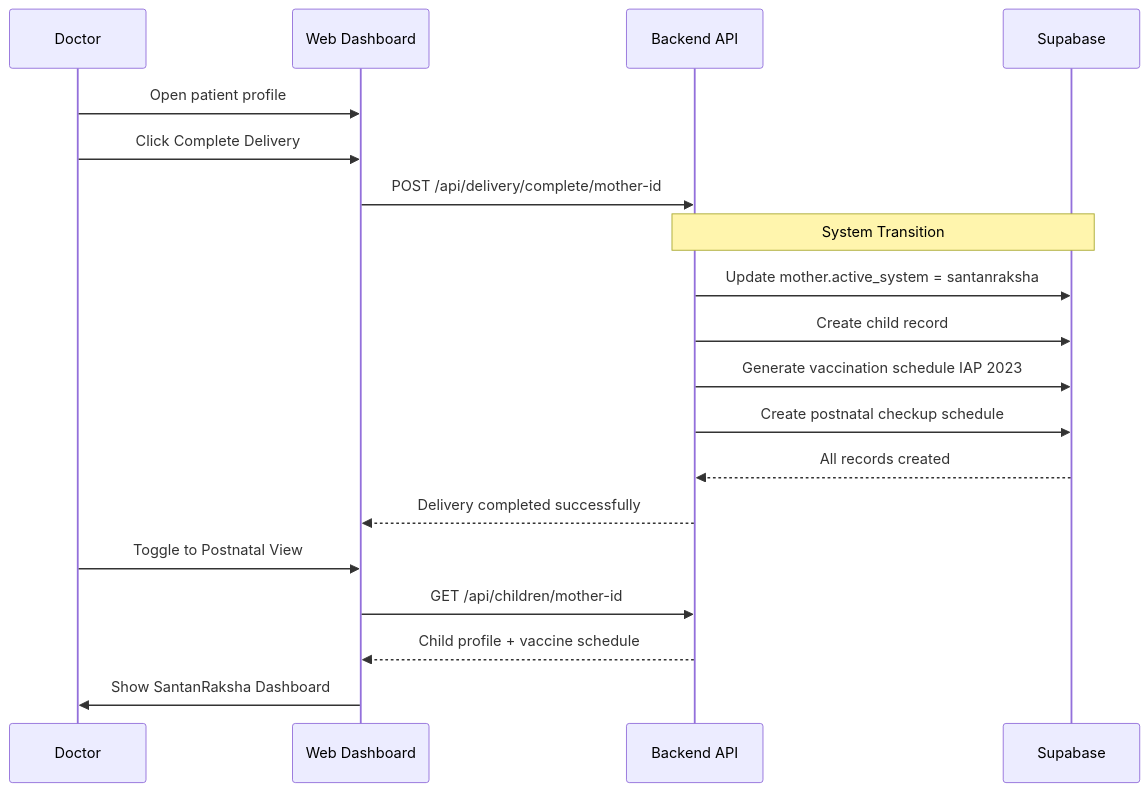
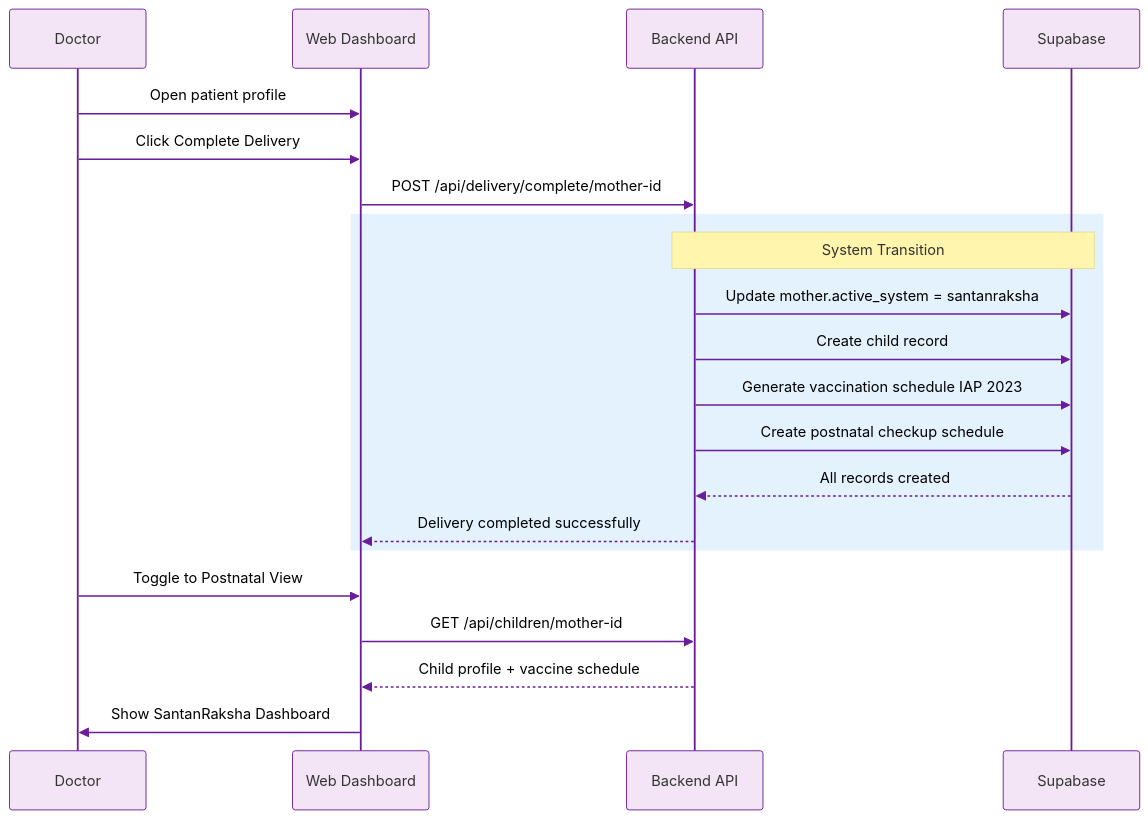
The seventh of 8 diagrams in README.md (AIUtsavBot/aanchal_ai), drawn with Mermaid before and after one commit. The commit also changed other lines of this file, not shown here.

Commit message:
Update Mermaid diagrams with vibrant colors for better contrast

````diff
--- a/README.md
+++ b/README.md
@@ -327,24 +386,27 @@
 ```mermaid
 sequenceDiagram
+    %%{init: {'theme': 'base', 'themeVariables': {'primaryColor': '#e1bee7', 'edgeLabelBackground':'#ffffff', 'actorBorder': '#6a1b9a', 'actorBkg': '#f3e5f5', 'signalColor': '#6a1b9a', 'signalTextColor': '#000000'}}}%%
     participant D as Doctor
     participant W as Web Dashboard
     participant B as Backend API
     participant DB as Supabase
 
     D->>W: Open patient profile
     D->>W: Click Complete Delivery
     W->>B: POST /api/delivery/complete/mother-id
     
-    Note over B,DB: System Transition
-    B->>DB: Update mother.active_system = santanraksha
-    B->>DB: Create child record
-    B->>DB: Generate vaccination schedule IAP 2023
-    B->>DB: Create postnatal checkup schedule
-    DB-->>B: All records created
-    B-->>W: Delivery completed successfully
+    rect rgb(227, 242, 253)
+        Note over B,DB: System Transition
+        B->>DB: Update mother.active_system = santanraksha
+        B->>DB: Create child record
+        B->>DB: Generate vaccination schedule IAP 2023
+        B->>DB: Create postnatal checkup schedule
+        DB-->>B: All records created
+        B-->>W: Delivery completed successfully
+    end
 
     D->>W: Toggle to Postnatal View
     W->>B: GET /api/children/mother-id
     B-->>W: Child profile + vaccine schedule
     W->>D: Show SantanRaksha Dashboard
 ```
````
